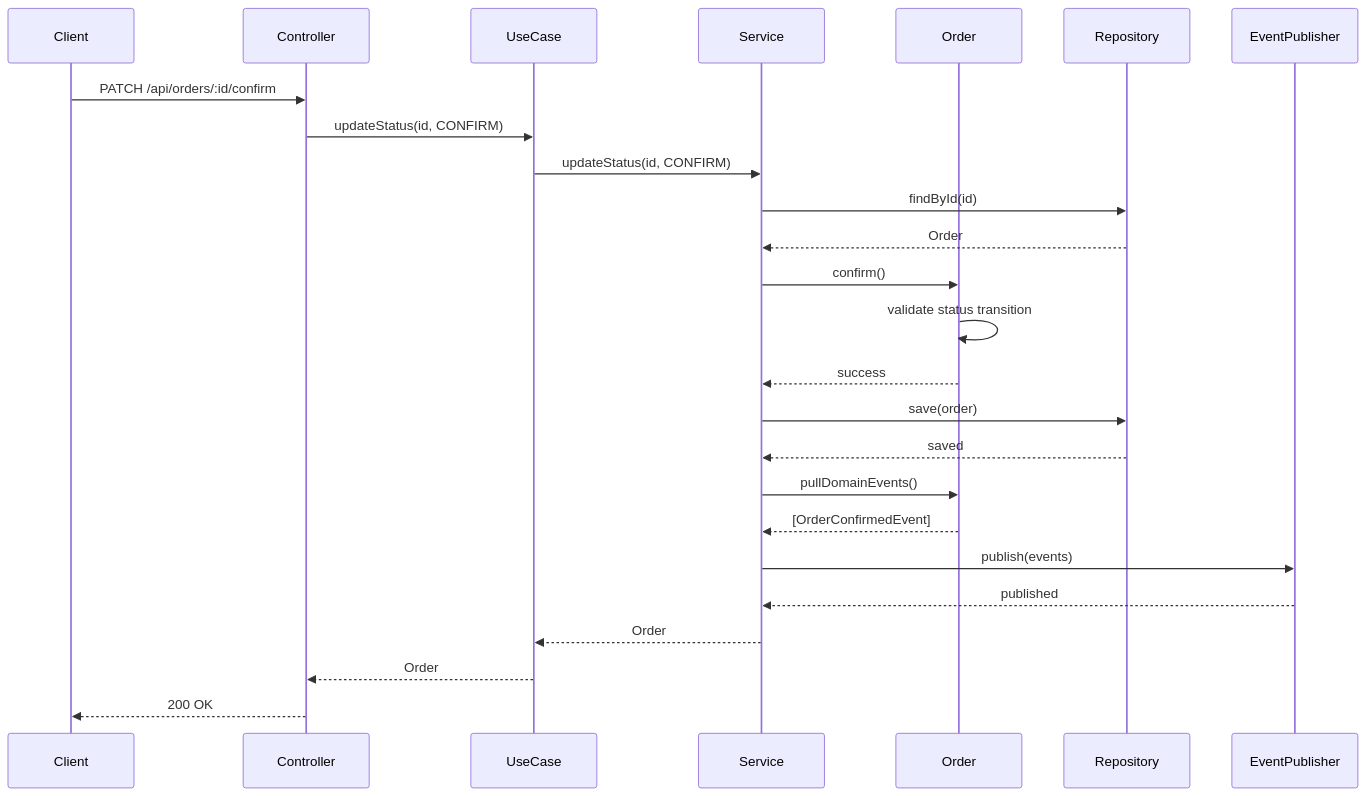
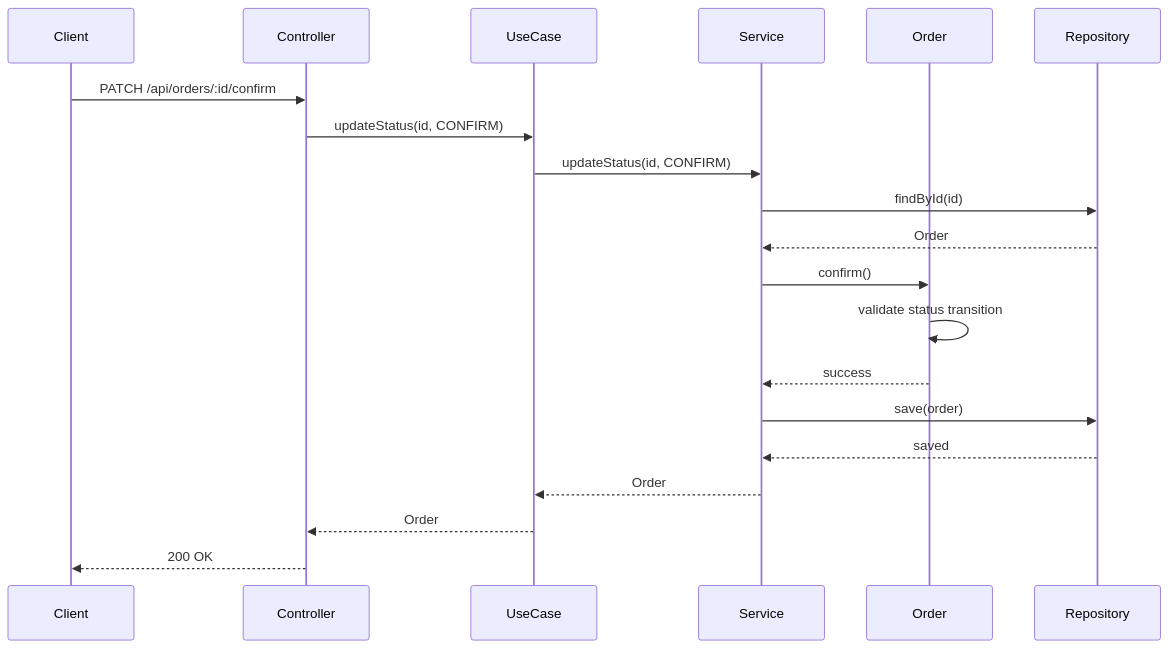
Before and after one commit to VirtualCave/modern-architecture-patterns: the fourth of 5 diagrams in hexagonal/README.md, drawn with Mermaid. The commit also changed other lines of this file and 44 other files, not shown here.

````diff
--- a/hexagonal/README.md
+++ b/hexagonal/README.md
@@ -164,29 +155,24 @@
 ```mermaid
 %%{init: {'themeVariables': {'background':'transparent','lineColor':'#94A3B8'}}}%%
 sequenceDiagram
     participant Client
     participant Controller
     participant UseCase
     participant Service
     participant Order
     participant Repository
-    participant EventPublisher
 
     Client->>Controller: PATCH /api/orders/:id/confirm
     Controller->>UseCase: updateStatus(id, CONFIRM)
     UseCase->>Service: updateStatus(id, CONFIRM)
     Service->>Repository: findById(id)
     Repository-->>Service: Order
     Service->>Order: confirm()
     Order->>Order: validate status transition
     Order-->>Service: success
     Service->>Repository: save(order)
     Repository-->>Service: saved
-    Service->>Order: pullDomainEvents()
-    Order-->>Service: [OrderConfirmedEvent]
-    Service->>EventPublisher: publish(events)
-    EventPublisher-->>Service: published
     Service-->>UseCase: Order
     UseCase-->>Controller: Order
     Controller-->>Client: 200 OK
 ```
````
